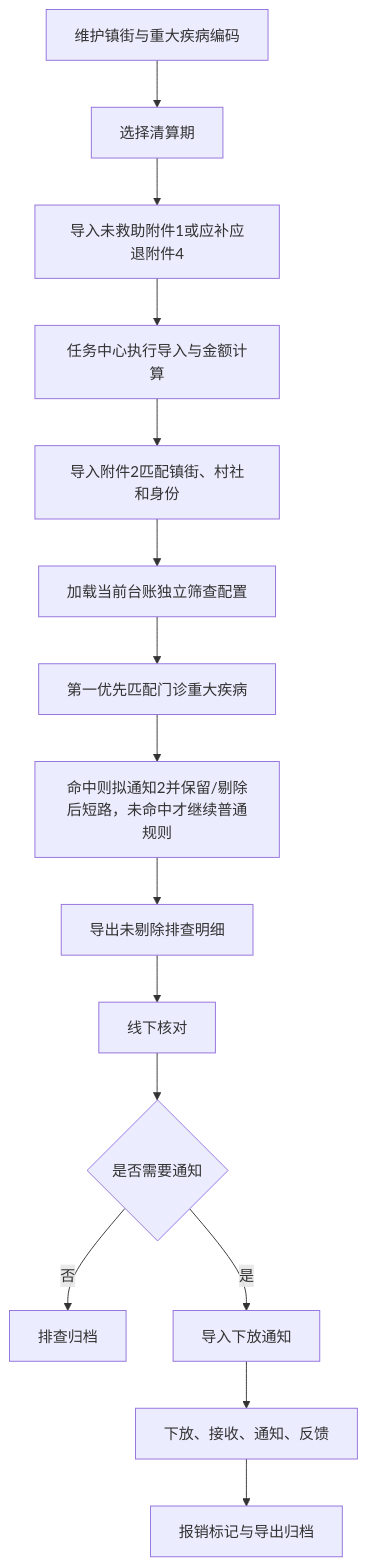
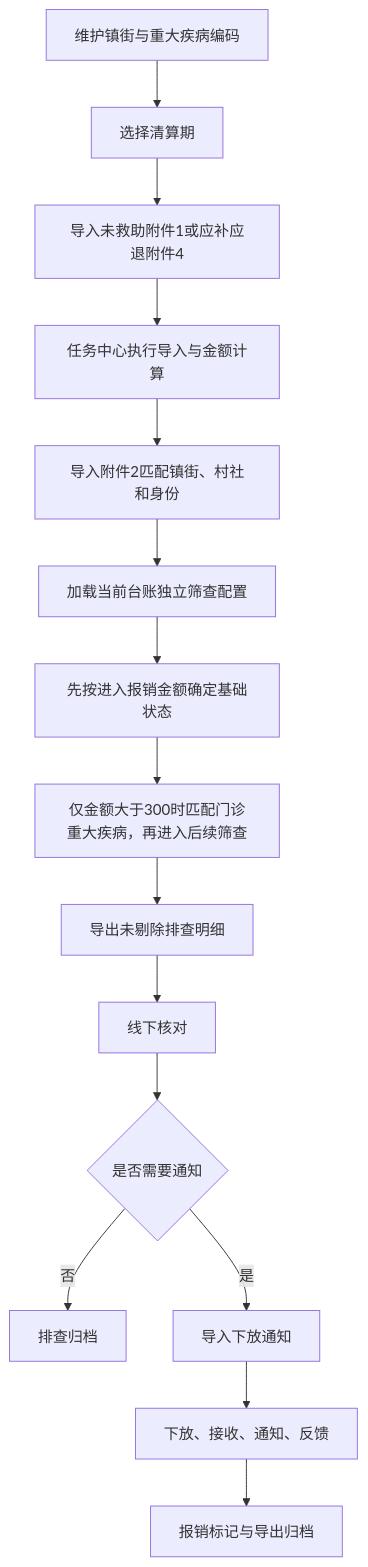
The first of 5 diagrams in docs/未救助台账/业务流程图解.md (kongzhiao/tools-vue), drawn with Mermaid before and after one commit. The commit also changed other lines of this file and 6 other files, not shown here.

````diff
--- a/docs/未救助台账/业务流程图解.md
+++ b/docs/未救助台账/业务流程图解.md
@@ -5,17 +5,17 @@
 ```mermaid
 flowchart TD
     A["维护镇街与重大疾病编码"] --> B["选择清算期"]
     B --> C["导入未救助附件1或应补应退附件4"]
     C --> D["任务中心执行导入与金额计算"]
     D --> E["导入附件2匹配镇街、村社和身份"]
     E --> F["加载当前台账独立筛查配置"]
-    F --> G["第一优先匹配门诊重大疾病"]
-    G --> H["命中则拟通知2并保留/剔除后短路，未命中才继续普通规则"]
+    F --> G["先按进入报销金额确定基础状态"]
+    G --> H["仅金额大于300时匹配门诊重大疾病，再进入后续筛查"]
     H --> I["导出未剔除排查明细"]
     I --> J["线下核对"]
     J --> K{"是否需要通知"}
     K -- "否" --> L["排查归档"]
     K -- "是" --> M["导入下放通知"]
     M --> N["下放、接收、通知、反馈"]
     N --> O["报销标记与导出归档"]
 ```
````
